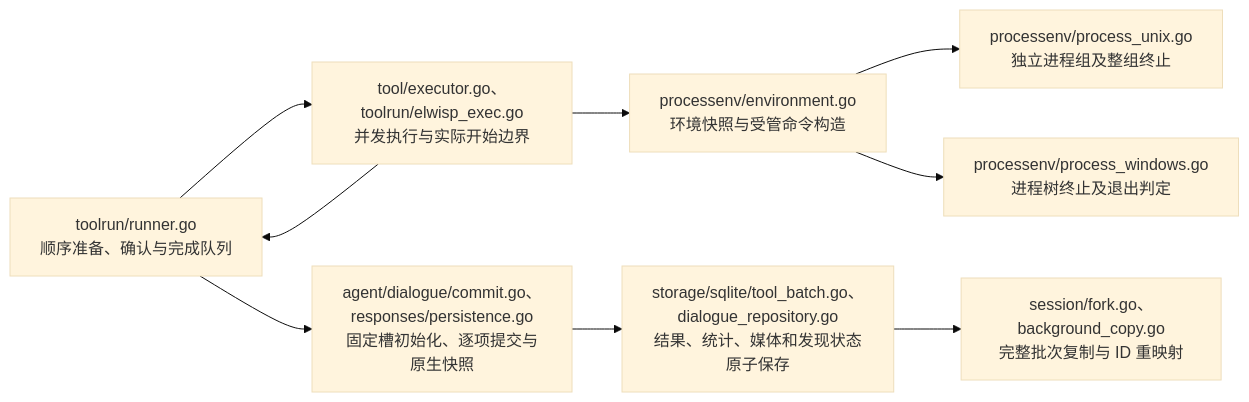
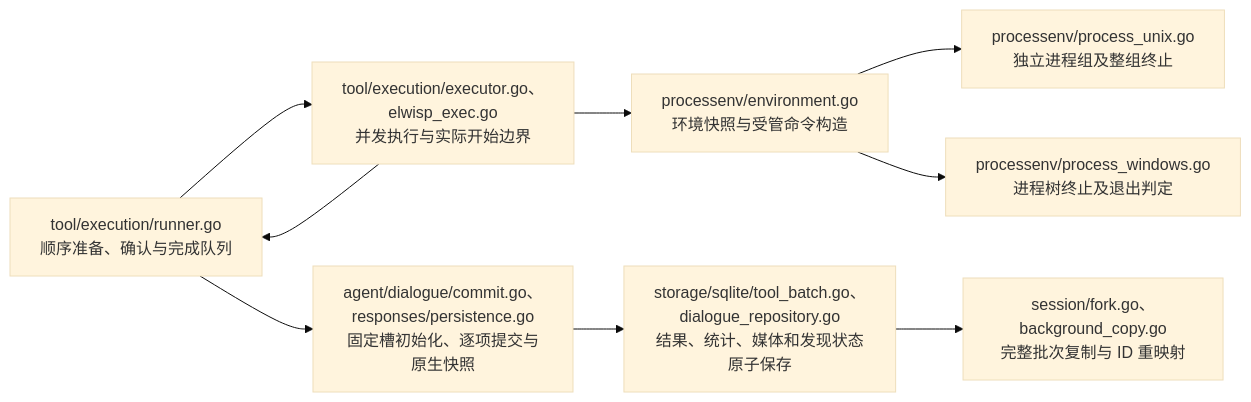
One commit to Elflare/elbot changed the fourth of 8 diagrams in devdocs/architecture.md. Above: the diagram before and after it, drawn with Mermaid (base theme). The commit also changed other lines of this file and 226 other files, not shown here.

````diff
--- a/devdocs/architecture.md
+++ b/devdocs/architecture.md
@@ -191,11 +191,11 @@
 ```mermaid
 flowchart LR
-    R["toolrun/runner.go<br/>顺序准备、确认与完成队列"] --> W["tool/executor.go、toolrun/elwisp_exec.go<br/>并发执行与实际开始边界"]
+    R["tool/execution/runner.go<br/>顺序准备、确认与完成队列"] --> W["tool/execution/executor.go、elwisp_exec.go<br/>并发执行与实际开始边界"]
     W --> R
     R --> C["agent/dialogue/commit.go、responses/persistence.go<br/>固定槽初始化、逐项提交与原生快照"]
     C --> S["storage/sqlite/tool_batch.go、dialogue_repository.go<br/>结果、统计、媒体和发现状态原子保存"]
     S --> F["session/fork.go、background_copy.go<br/>完整批次复制与 ID 重映射"]
     W --> P["processenv/environment.go<br/>环境快照与受管命令构造"]
     P --> U["processenv/process_unix.go<br/>独立进程组及整组终止"]
     P --> V["processenv/process_windows.go<br/>进程树终止及退出判定"]
 ```
````
